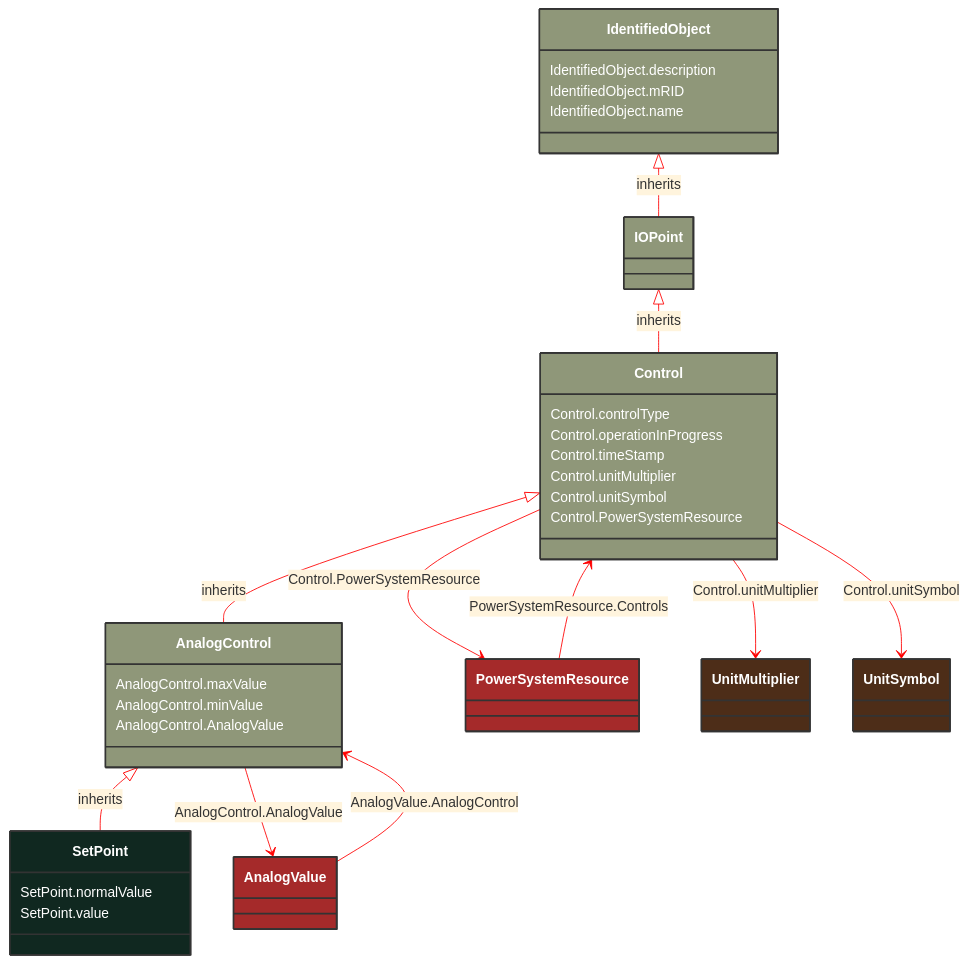
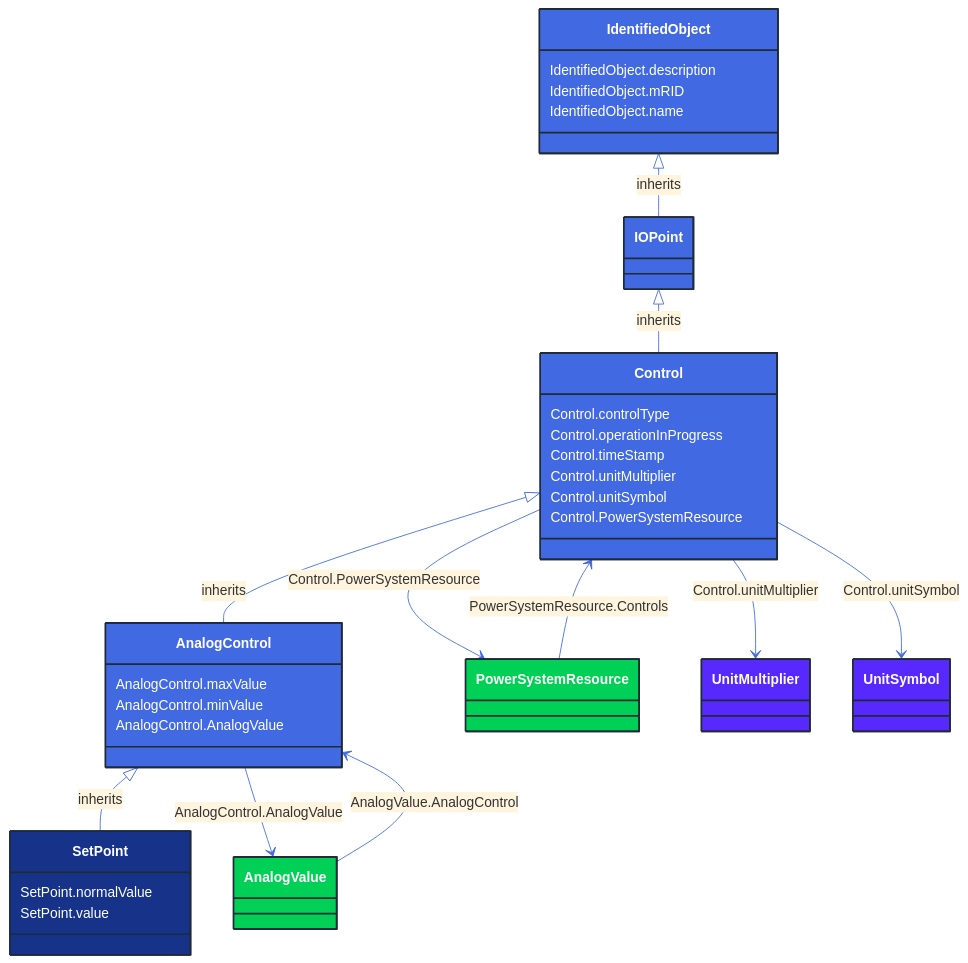
Before and after one commit to 3lbits/NoCIMExtensions: the diagram in docs/Models/Profiles/Operation/ConcreteClasses/SetPoint.md, drawn with Mermaid. The commit also changed 362 other files, not shown here.

First line of the commit message:
Update diagrams and styles for improved visual consistency

````diff
--- a/docs/Models/Profiles/Operation/ConcreteClasses/SetPoint.md
+++ b/docs/Models/Profiles/Operation/ConcreteClasses/SetPoint.md
@@ -8,72 +8,72 @@
 ```mermaid
-%%{init: {'theme':'base','themeVariables': {'lineColor': '#FF0000'}}}%%
+%%{init: {'theme':'base','themeVariables': {'lineColor': '#4169E1'}}}%%
 classDiagram
     class SetPoint
     click SetPoint href "/Models/Profiles/Operation/ConcreteClasses/SetPoint/"
-    style SetPoint fill:#102820,stroke:#333,stroke-width:2px,rx:10,ry:10,color:white
+    style SetPoint fill:#163289,stroke:#1F2A37,stroke-width:2px,rx:10,ry:10,color:white
      
         AnalogControl <|-- SetPoint : inherits
             click AnalogControl href "/Models/Profiles/Operation/AbstractClasses/AnalogControl/"
-            style AnalogControl fill:#8F9779,stroke:#333,stroke-width:2px,rx:10,ry:10,color:white
+            style AnalogControl fill:#4169E1,stroke:#1F2A37,stroke-width:2px,rx:10,ry:10,color:white
      
         Control <|-- AnalogControl : inherits
             click Control href "/Models/Profiles/Operation/AbstractClasses/Control/"
-            style Control fill:#8F9779,stroke:#333,stroke-width:2px,rx:10,ry:10,color:white
+            style Control fill:#4169E1,stroke:#1F2A37,stroke-width:2px,rx:10,ry:10,color:white
      
         IOPoint <|-- Control : inherits
             click IOPoint href "/Models/Profiles/Operation/AbstractClasses/IOPoint/"
-            style IOPoint fill:#8F9779,stroke:#333,stroke-width:2px,rx:10,ry:10,color:white
+            style IOPoint fill:#4169E1,stroke:#1F2A37,stroke-width:2px,rx:10,ry:10,color:white
      
         IdentifiedObject <|-- IOPoint : inherits
             click IdentifiedObject href "/Models/Profiles/Operation/AbstractClasses/IdentifiedObject/"
-            style IdentifiedObject fill:#8F9779,stroke:#333,stroke-width:2px,rx:10,ry:10,color:white
+            style IdentifiedObject fill:#4169E1,stroke:#1F2A37,stroke-width:2px,rx:10,ry:10,color:white
 
         AnalogControl --> AnalogValue : AnalogControl.AnalogValue
 
         AnalogValue
             click AnalogValue href "/Models/Profiles/Operation/ConcreteClasses/AnalogValue/"
-            style AnalogValue fill:#A52A2A,stroke:#333,stroke-width:2px,rx:10,ry:10,color:white
+            style AnalogValue fill:#00D156,stroke:#1F2A37,stroke-width:2px,rx:10,ry:10,color:white
         Control --> PowerSystemResource : Control.PowerSystemResource
 
         PowerSystemResource
             click PowerSystemResource href "/Models/Profiles/Operation/AbstractClasses/PowerSystemResource/"
-            style PowerSystemResource fill:#A52A2A,stroke:#333,stroke-width:2px,rx:10,ry:10,color:white
+            style PowerSystemResource fill:#00D156,stroke:#1F2A37,stroke-width:2px,rx:10,ry:10,color:white
 
         AnalogValue --> AnalogControl : AnalogValue.AnalogControl
 
         AnalogValue
             click AnalogValue href "/Models/Profiles/Operation/ConcreteClasses/AnalogValue/"
-            style AnalogValue fill:#A52A2A,stroke:#333,stroke-width:2px,rx:10,ry:10,color:white
+            style AnalogValue fill:#00D156,stroke:#1F2A37,stroke-width:2px,rx:10,ry:10,color:white
 
         PowerSystemResource --> Control : PowerSystemResource.Controls
 
         PowerSystemResource
             click PowerSystemResource href "/Models/Profiles/Operation/AbstractClasses/PowerSystemResource/"
-            style PowerSystemResource fill:#A52A2A,stroke:#333,stroke-width:2px,rx:10,ry:10,color:white
+            style PowerSystemResource fill:#00D156,stroke:#1F2A37,stroke-width:2px,rx:10,ry:10,color:white
 
         Control --> UnitMultiplier : Control.unitMultiplier
 
         UnitMultiplier
             click UnitMultiplier href "/Models/Profiles/Operation/Enumerations/UnitMultiplier/"
-            style UnitMultiplier fill:#4D2D18,stroke:#333,stroke-width:2px,rx:10,ry:10,color:white
+            style UnitMultiplier fill:#5729FF,stroke:#1F2A37,stroke-width:2px,rx:10,ry:10,color:white
         Control --> UnitSymbol : Control.unitSymbol
 
         UnitSymbol
             click UnitSymbol href "/Models/Profiles/Operation/Enumerations/UnitSymbol/"
-            style UnitSymbol fill:#4D2D18,stroke:#333,stroke-width:2px,rx:10,ry:10,color:white
+            style UnitSymbol fill:#5729FF,stroke:#1F2A37,stroke-width:2px,rx:10,ry:10,color:white
 
         SetPoint : SetPoint.normalValue
         SetPoint : SetPoint.value
         AnalogControl : AnalogControl.maxValue
         AnalogControl : AnalogControl.minValue
         AnalogControl : AnalogControl.AnalogValue
         Control : Control.controlType
         Control : Control.operationInProgress
         Control : Control.timeStamp
         Control : Control.unitMultiplier
         Control : Control.unitSymbol
         Control : Control.PowerSystemResource
         IdentifiedObject : IdentifiedObject.description
         IdentifiedObject : IdentifiedObject.mRID
         IdentifiedObject : IdentifiedObject.name
 ```
````
